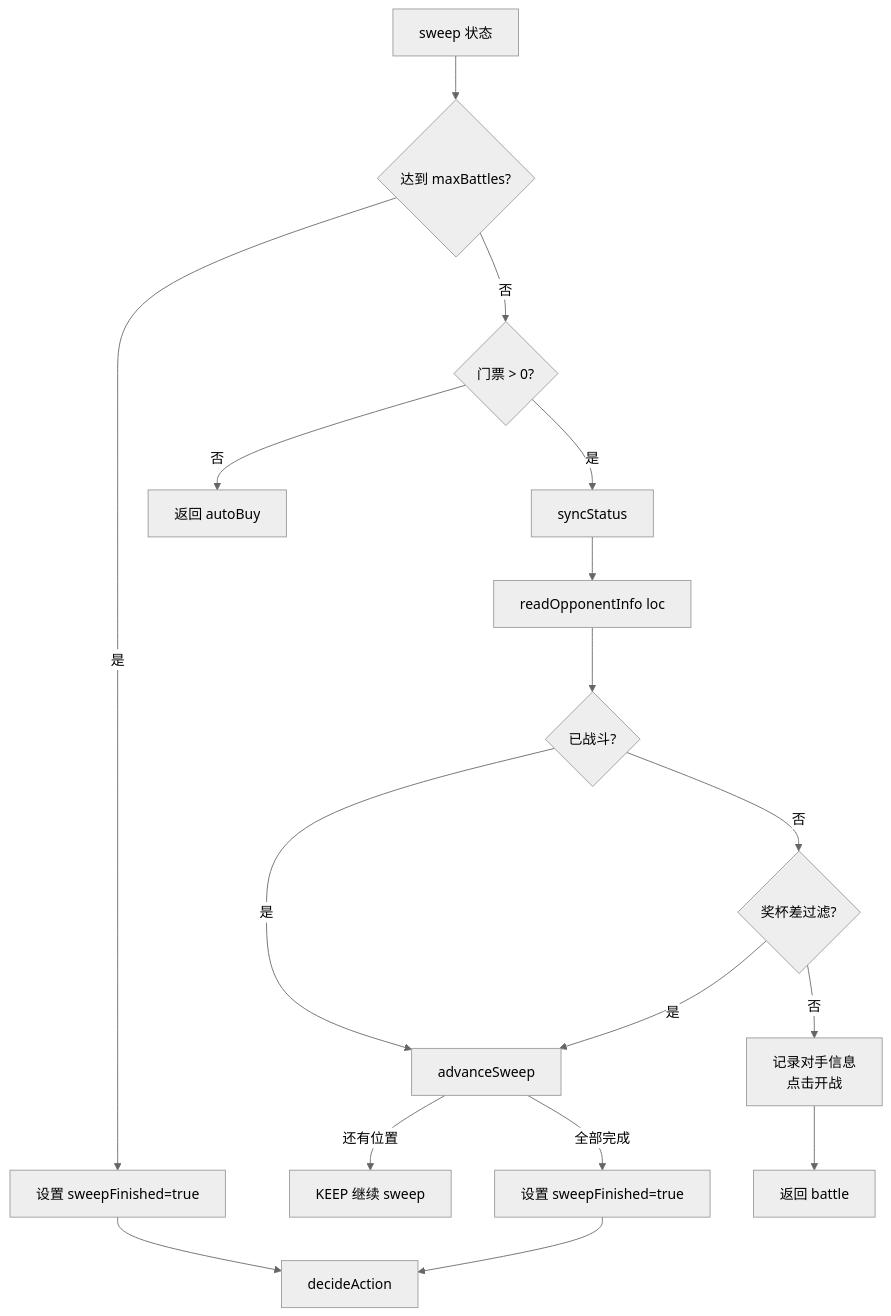
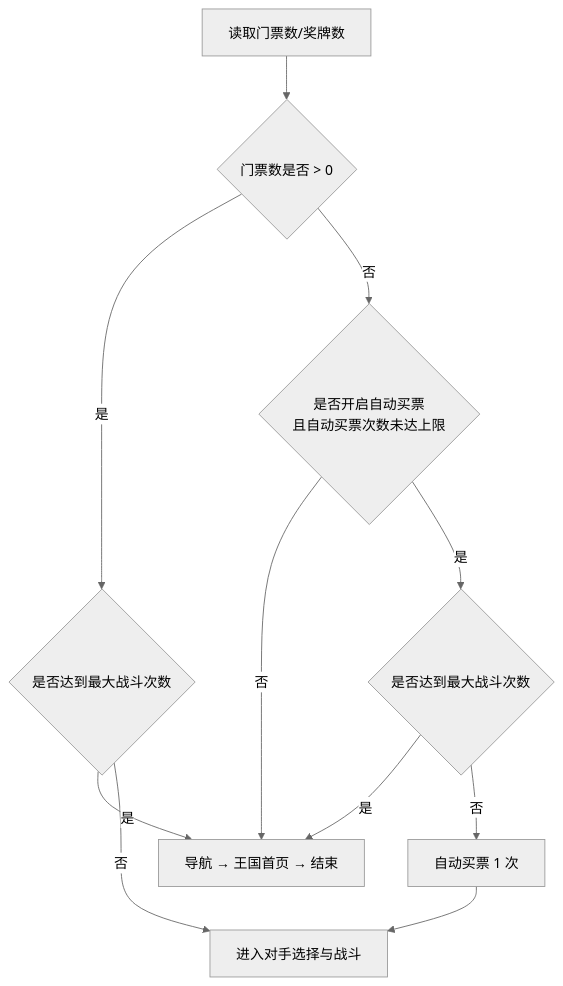
The third of 6 diagrams in 项目说明文档/竞技场模块流程图.md (sunnng/cookie-run-kingdom), drawn with Mermaid (neutral theme) before and after one commit. The commit also changed other lines of this file and 13 other files, not shown here.

````diff
--- a/项目说明文档/竞技场模块流程图.md
+++ b/项目说明文档/竞技场模块流程图.md
@@ -71,16 +75,15 @@
 ```mermaid
 flowchart TD
-    A[sweep 状态] --> B{达到 maxBattles?}
-    B -->|是| C[设置 sweepFinished=true] --> D[decideAction]
-    B -->|否| E{门票 > 0?}
-    E -->|否| F[返回 autoBuy]
-    E -->|是| G[syncStatus]
-    G --> H[readOpponentInfo loc]
-    H --> I{已战斗?}
-    I -->|是| J[advanceSweep]
-    I -->|否| K{奖杯差过滤?}
-    K -->|是| J
-    K -->|否| L[记录对手信息<br/>点击开战] --> M[返回 battle]
-    J -->|还有位置| N[KEEP 继续 sweep]
-    J -->|全部完成| O[设置 sweepFinished=true] --> D
+    READ[读取门票数/奖牌数] --> TICKET{门票数是否 > 0}
+
+    TICKET -->|是| MAX{是否达到最大战斗次数}
+    MAX -->|是| EXIT[导航 → 王国首页 → 结束]
+    MAX -->|否| FIGHT[进入对手选择与战斗]
+
+    TICKET -->|否| AUTO{是否开启自动买票<br/>且自动买票次数未达上限}
+    AUTO -->|否| EXIT
+    AUTO -->|是| MAX2{是否达到最大战斗次数}
+    MAX2 -->|是| EXIT
+    MAX2 -->|否| BUY[自动买票 1 次]
+    BUY --> FIGHT
 ```
````
